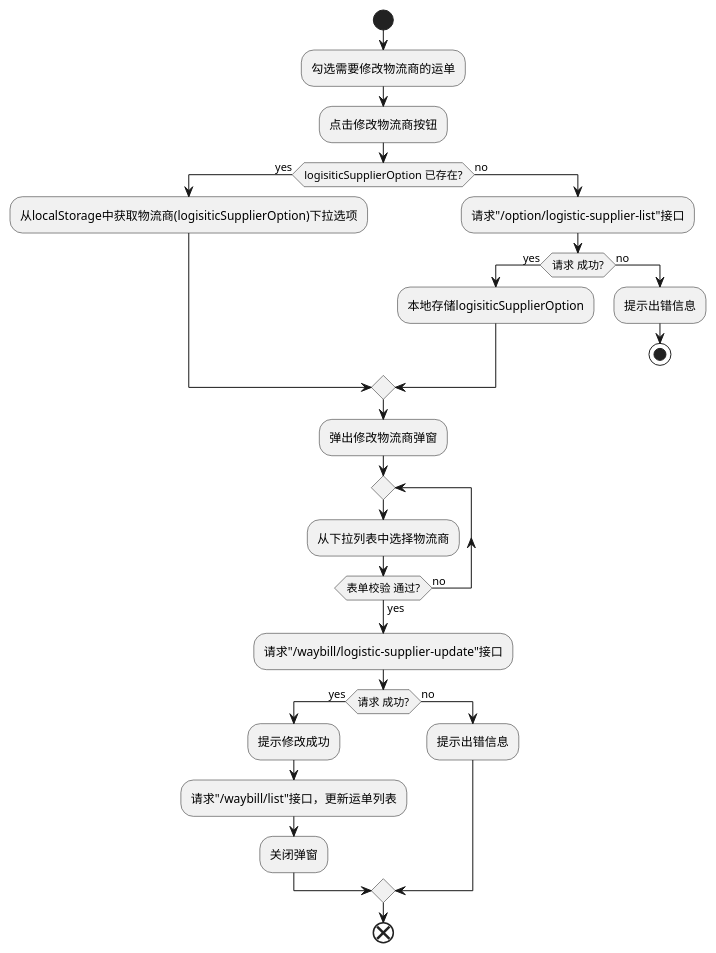
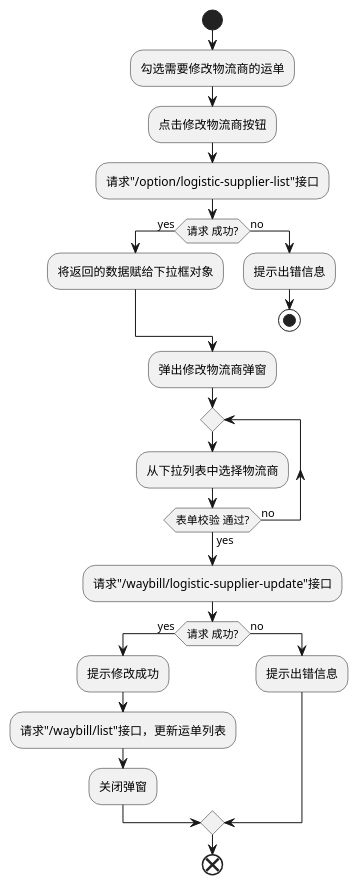
One commit to futurekidult/lis changed the diagram in docs/development-flow-diagram.puml/logistics-list/update-logisitc-supplier.puml. Above: the diagram before and after it, drawn with PlantUML. The commit also changed 9 other files, not shown here.

```diff
--- a/docs/development-flow-diagram.puml/logistics-list/update-logisitc-supplier.puml
+++ b/docs/development-flow-diagram.puml/logistics-list/update-logisitc-supplier.puml
@@ -1,31 +1,27 @@
 @startuml
 
 start
 :勾选需要修改物流商的运单;
 :点击修改物流商按钮;
-if(logisiticSupplierOption 已存在?) then (yes)
-  :从localStorage中获取物流商(logisiticSupplierOption)下拉选项;
-else (no)
-  :请求"/option/logistic-supplier-list"接口;
+:请求"/option/logistic-supplier-list"接口;
   if(请求 成功?) then (yes)
-    :本地存储logisiticSupplierOption;
+    :将返回的数据赋给下拉框对象;
   else (no)
     :提示出错信息;
     stop
-  endif
 endif
 :弹出修改物流商弹窗;
 repeat
   :从下拉列表中选择物流商;
 repeat while(表单校验 通过?) is (no) not (yes)
 :请求"/waybill/logistic-supplier-update"接口;
 if(请求 成功?) then (yes)
   :提示修改成功;
   :请求"/waybill/list"接口，更新运单列表;
   :关闭弹窗;
 else (no)
   :提示出错信息;
 endif
 end
 
 @enduml
```
